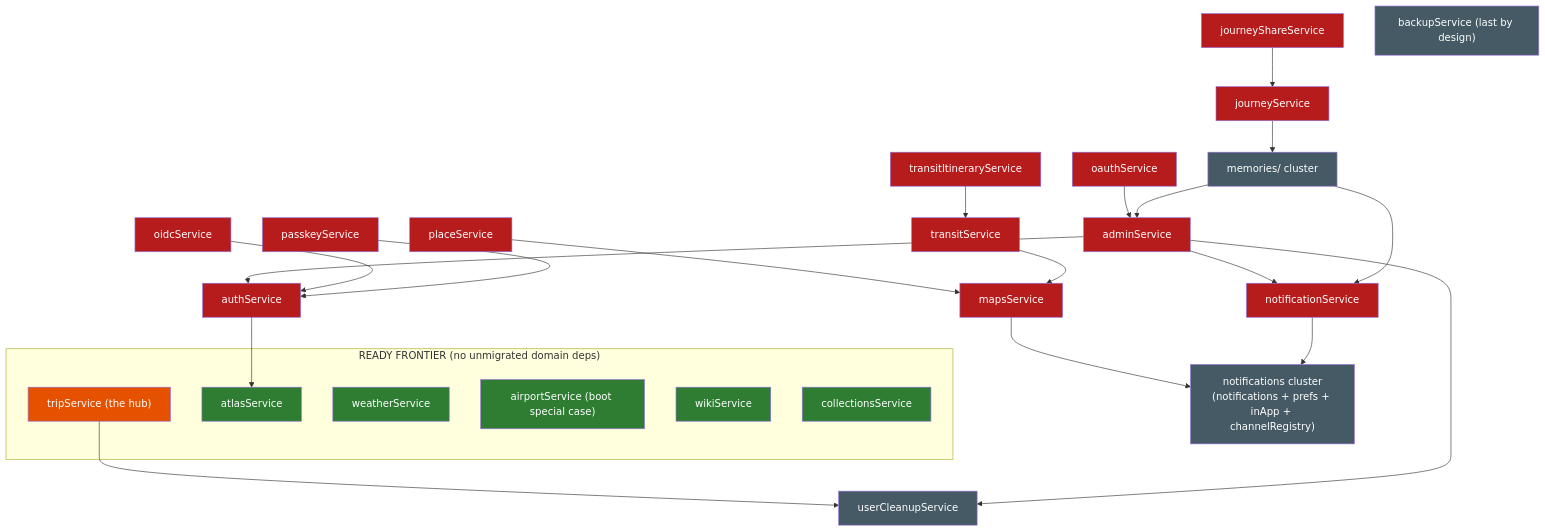
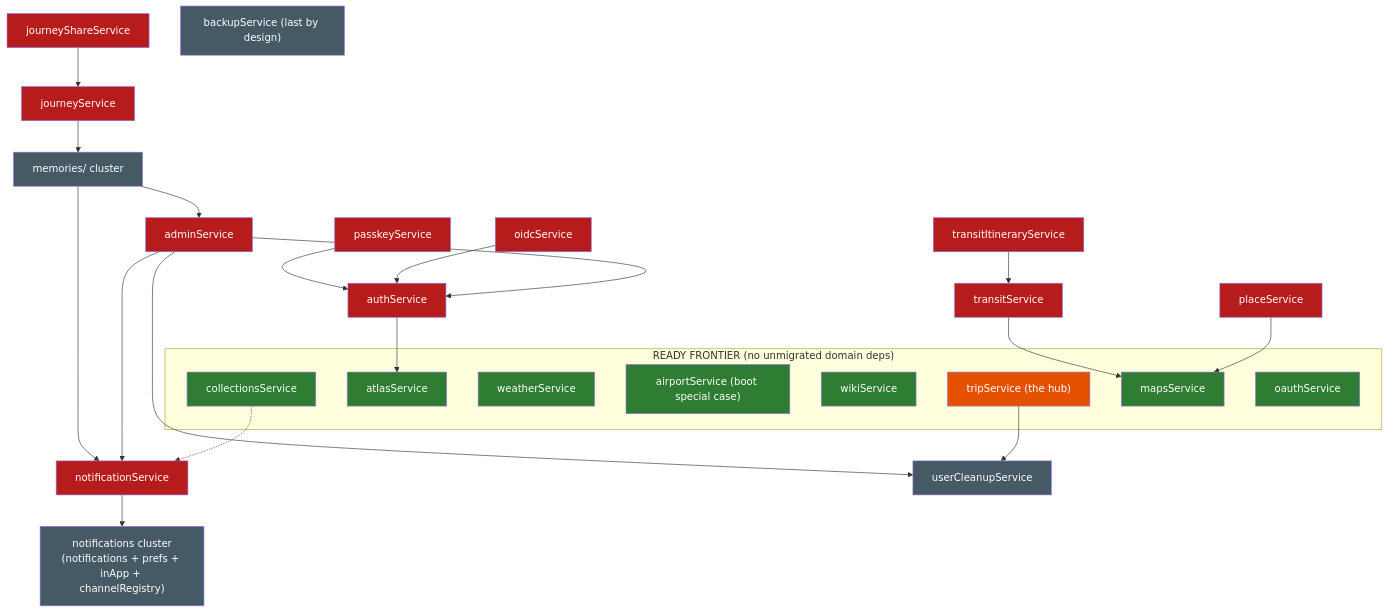
Before and after one commit to BeInLife/TREK: the diagram in migration-graph.md, drawn with Mermaid. The commit also changed other lines of this file and 63 other files, not shown here.

````diff
--- a/migration-graph.md
+++ b/migration-graph.md
@@ -60,47 +69,47 @@
 ```mermaid
 flowchart TD
   classDef ready fill:#2e7d32,color:#fff
   classDef blocked fill:#b71c1c,color:#fff
   classDef hub fill:#e65100,color:#fff
   classDef infra fill:#455a64,color:#fff
 
   subgraph frontier["READY FRONTIER (no unmigrated domain deps)"]
     trip["tripService (the hub)"]:::hub
     atlas[atlasService]:::ready
     weather[weatherService]:::ready
     airport["airportService (boot special case)"]:::ready
     wiki[wikiService]:::ready
     collections[collectionsService]:::ready
+    maps[mapsService]:::ready
+    oauth[oauthService]:::ready
   end
+
   place[placeService]:::blocked
-  maps[mapsService]:::blocked
   notifSvc[notificationService]:::blocked
   transit[transitService]:::blocked
   transitItin[transitItineraryService]:::blocked
   admin[adminService]:::blocked
   auth[authService]:::blocked
-  oauth[oauthService]:::blocked
   oidc[oidcService]:::blocked
   passkey[passkeyService]:::blocked
   journey[journeyService]:::blocked
   journeyShare[journeyShareService]:::blocked
   backup["backupService (last by design)"]:::infra
   notifCluster["notifications cluster<br/>(notifications + prefs + inApp + channelRegistry)"]:::infra
   memories["memories/ cluster"]:::infra
   cleanup[userCleanupService]:::infra
 
   trip --> cleanup
+  collections -.-> notifSvc
   place --> maps
-  maps --> notifCluster
   transit --> maps
   transitItin --> transit
   notifSvc --> notifCluster
   admin --> auth & notifSvc & cleanup
   auth --> atlas
-  oauth --> admin
   oidc --> auth
   passkey --> auth
   journey --> memories
   journeyShare --> journey
   memories --> notifSvc & admin
 ```
````
